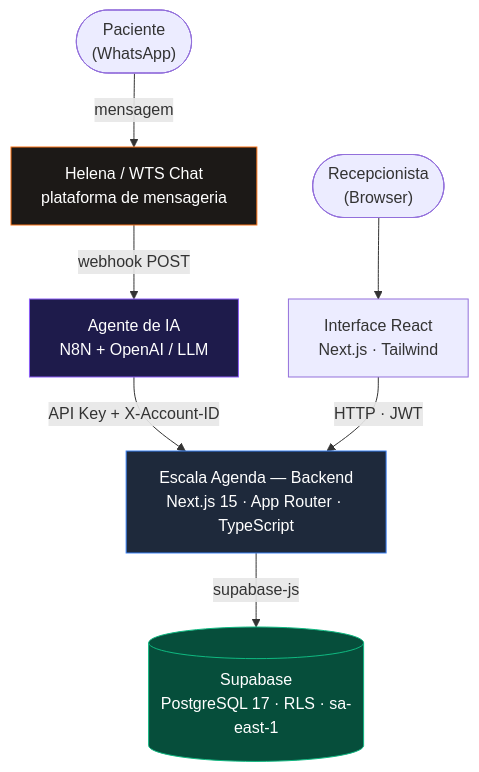
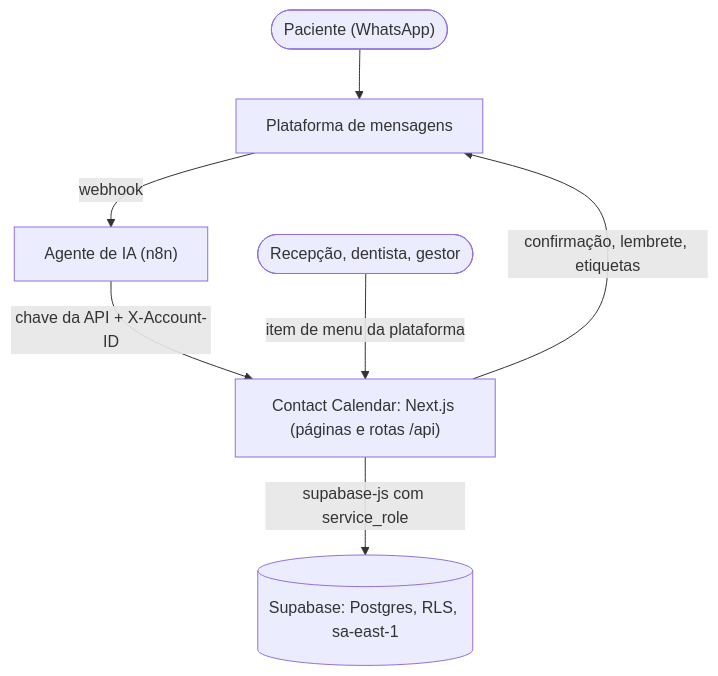
The diagram in README.md (contactIA/Contact-Calendar), drawn with Mermaid before and after one commit. The commit also changed other lines of this file and 38 other files, not shown here.

````diff
--- a/README.md
+++ b/README.md
@@ -51,26 +16,16 @@
 ```mermaid
 flowchart TD
-    P(["Paciente\n(WhatsApp)"])
-    R(["Recepcionista\n(Browser)"])
+    P(["Paciente (WhatsApp)"])
+    R(["Recepção, dentista, gestor"])
+    H["Plataforma de mensagens"]
+    AI["Agente de IA (n8n)"]
+    API["Contact Calendar: Next.js (páginas e rotas /api)"]
+    DB[("Supabase: Postgres, RLS, sa-east-1")]
 
-    H["Helena / WTS Chat\nplataforma de mensageria"]
-    UI["Interface React\nNext.js · Tailwind"]
-
-    AI["Agente de IA\nN8N + OpenAI / LLM"]
-
-    API["Escala Agenda — Backend\nNext.js 15 · App Router · TypeScript"]
-
-    DB[("Supabase\nPostgreSQL 17 · RLS · sa-east-1")]
-
-    P -->|mensagem| H
-    H -->|webhook POST| AI
-    AI -->|API Key + X-Account-ID| API
-    R --> UI
-    UI -->|HTTP · JWT| API
-    API -->|supabase-js| DB
-
-    style API fill:#1e293b,color:#fff,stroke:#3b82f6
-    style DB fill:#064e3b,color:#fff,stroke:#10b981
-    style AI fill:#1e1b4b,color:#fff,stroke:#8b5cf6
-    style H fill:#1c1917,color:#fff,stroke:#f97316
+    P --> H
+    H -->|webhook| AI
+    AI -->|chave da API + X-Account-ID| API
+    R -->|item de menu da plataforma| API
+    API -->|supabase-js com service_role| DB
+    API -->|confirmação, lembrete, etiquetas| H
 ```
````
